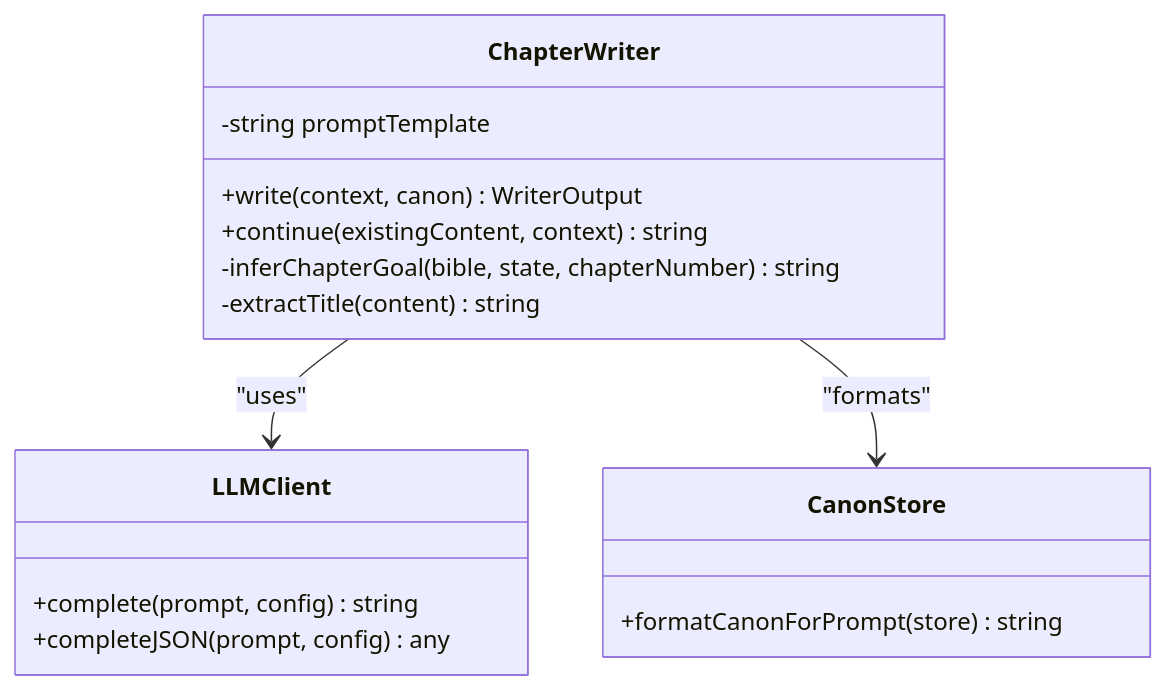
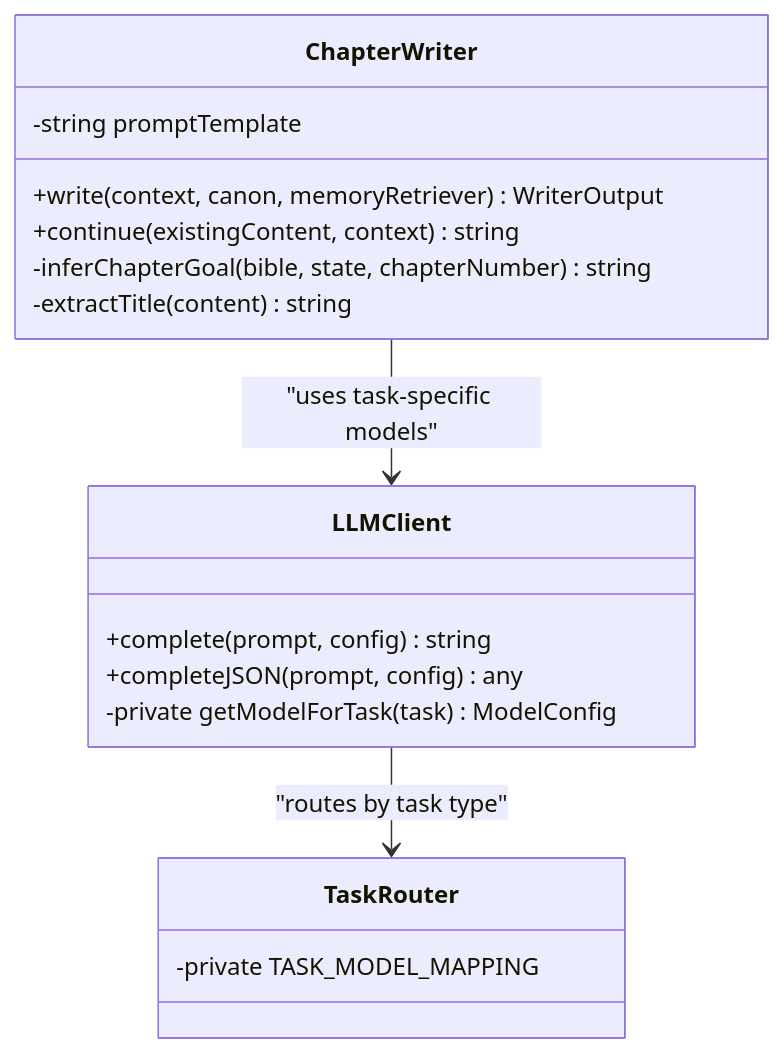
Before and after one commit to liwonder/NARRITIVE_OS: the third of 9 diagrams in .qoder/repowiki/en/content/AI Agent System/Writer Agent.md, drawn with Mermaid. The commit also changed other lines of this file and 12 other files, not shown here.

````diff
--- a/.qoder/repowiki/en/content/AI Agent System/Writer Agent.md
+++ b/.qoder/repowiki/en/content/AI Agent System/Writer Agent.md
@@ -186,19 +197,20 @@
 ```mermaid
 classDiagram
 class ChapterWriter {
 -string promptTemplate
-+write(context, canon) WriterOutput
++write(context, canon, memoryRetriever) WriterOutput
 +continue(existingContent, context) string
 -inferChapterGoal(bible, state, chapterNumber) string
 -extractTitle(content) string
 }
 class LLMClient {
 +complete(prompt, config) string
 +completeJSON(prompt, config) any
+-private getModelForTask(task) ModelConfig
 }
-class CanonStore {
-+formatCanonForPrompt(store) string
+class TaskRouter {
+-private TASK_MODEL_MAPPING
 }
-ChapterWriter --> LLMClient : "uses"
-ChapterWriter --> CanonStore : "formats"
+ChapterWriter --> LLMClient : "uses task-specific models"
+LLMClient --> TaskRouter : "routes by task type"
 ```
````
